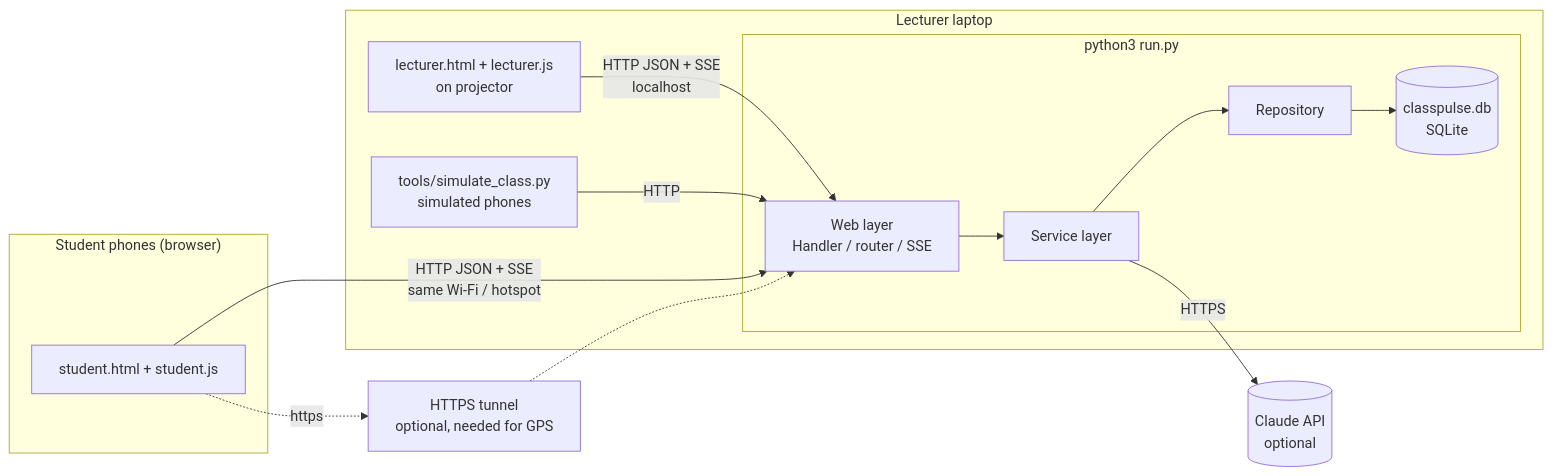
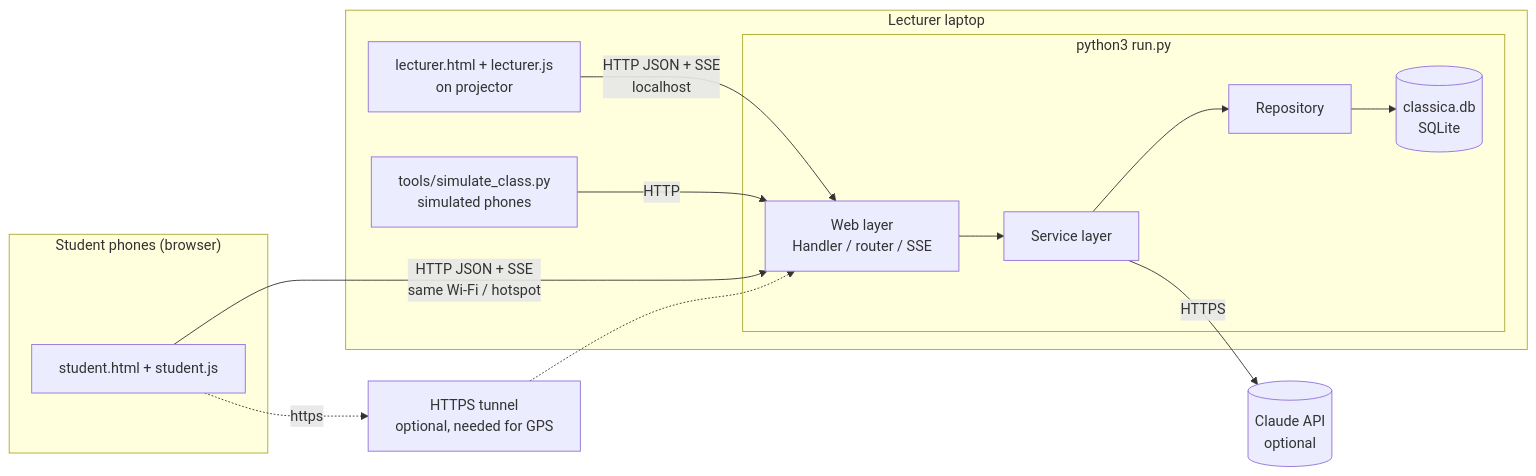
Before and after one commit to roneliyahu2001/oop-ex2-classpulse: the diagram in docs/05-components.md, drawn with Mermaid. The commit also changed other lines of this file and 61 other files, not shown here.

````diff
--- a/docs/05-components.md
+++ b/docs/05-components.md
@@ -4,24 +4,24 @@
 ```mermaid
 flowchart LR
   subgraph Phones["Student phones (browser)"]
     SP[student.html + student.js]
   end
   subgraph Laptop["Lecturer laptop"]
     LD[lecturer.html + lecturer.js<br/>on projector]
     subgraph Server["python3 run.py"]
       WEB[Web layer<br/>Handler / router / SSE]
       SVC[Service layer]
       REPO[Repository]
-      DB[(classpulse.db<br/>SQLite)]
+      DB[(classica.db<br/>SQLite)]
     end
     SIM[tools/simulate_class.py<br/>simulated phones]
   end
   TUN[HTTPS tunnel<br/>optional, needed for GPS]
   API[(Claude API<br/>optional)]
   SP -- "HTTP JSON + SSE<br/>same Wi-Fi / hotspot" --> WEB
   SP -. https .-> TUN -.-> WEB
   LD -- "HTTP JSON + SSE<br/>localhost" --> WEB
   SIM -- HTTP --> WEB
   WEB --> SVC --> REPO --> DB
   SVC -- HTTPS --> API
 ```
````
